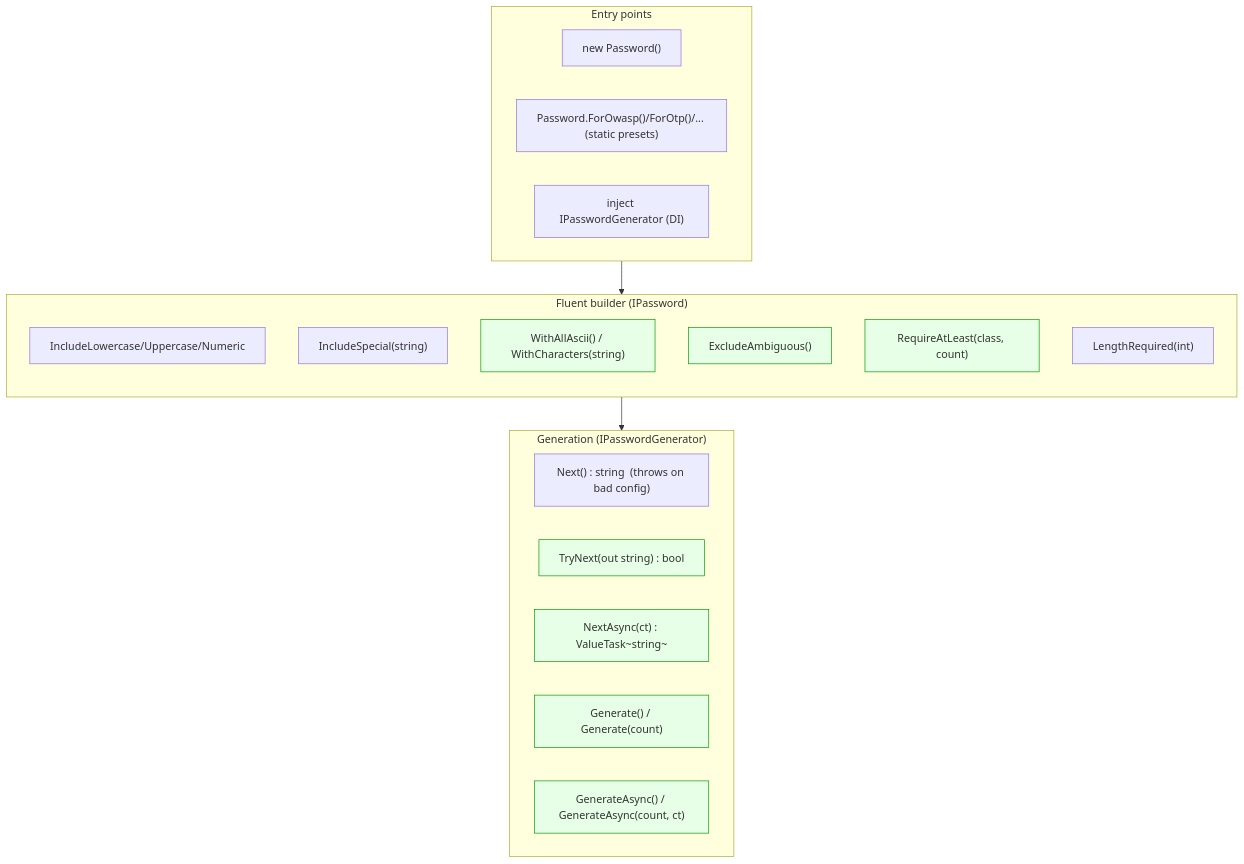
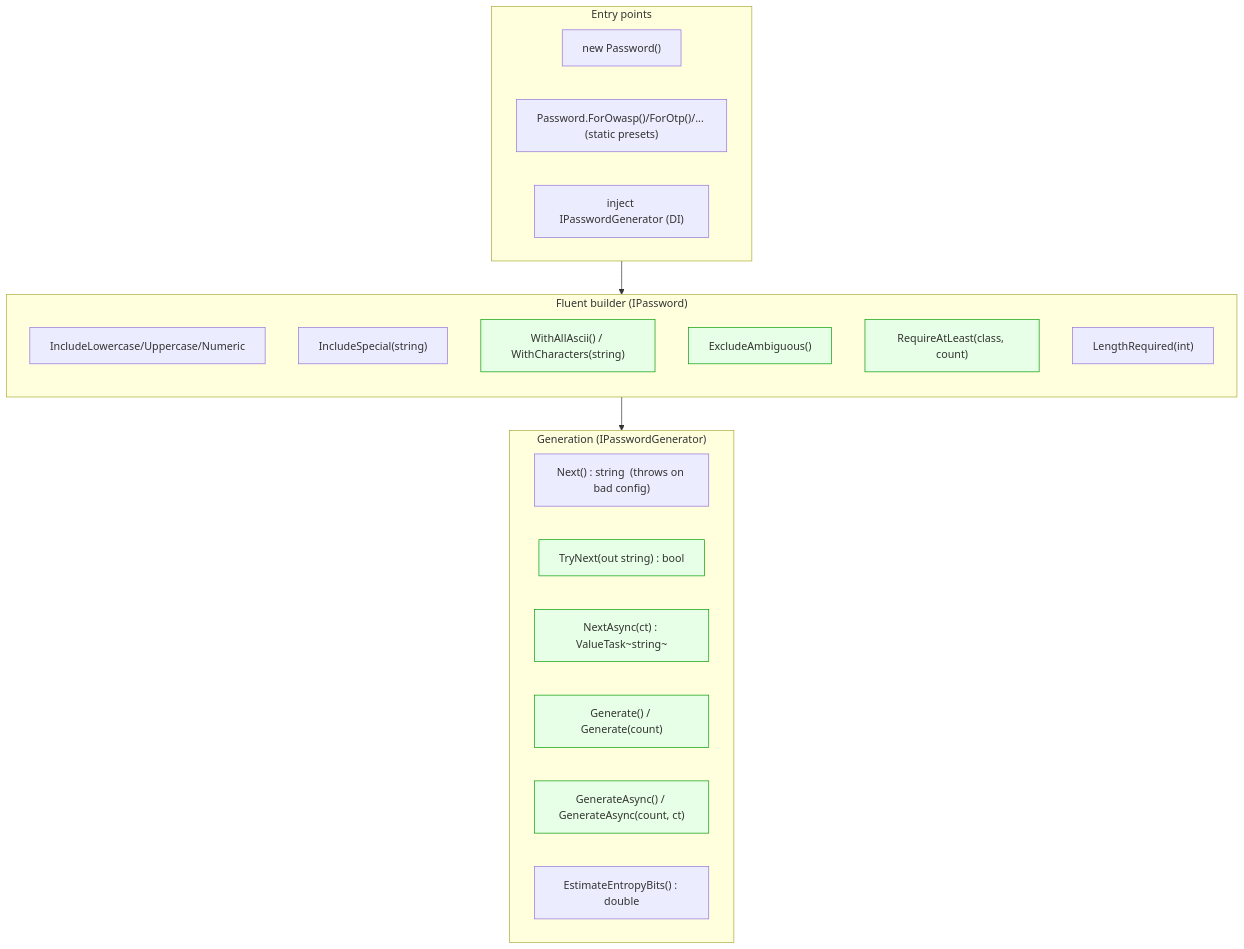
The first of 4 diagrams in docs/api-surface.md (prjseal/PasswordGenerator), drawn with Mermaid before and after one commit. The commit also changed other lines of this file and 2 other files, not shown here.

````diff
--- a/docs/api-surface.md
+++ b/docs/api-surface.md
@@ -12,27 +12,28 @@
 ```mermaid
 flowchart TD
     subgraph Entry["Entry points"]
         e1["new Password()"]
         e2["Password.ForOwasp()/ForOtp()/... (static presets)"]
         e3["inject IPasswordGenerator (DI)"]
     end
     subgraph Build["Fluent builder (IPassword)"]
         direction TB
         b1["IncludeLowercase/Uppercase/Numeric"]
         b2["IncludeSpecial(string)"]
         b3["WithAllAscii() / WithCharacters(string)"]
         b4["ExcludeAmbiguous()"]
         b5["RequireAtLeast(class, count)"]
         b6["LengthRequired(int)"]
     end
     subgraph Gen["Generation (IPasswordGenerator)"]
         g1["Next() : string  (throws on bad config)"]
         g2["TryNext(out string) : bool"]
         g3["NextAsync(ct) : ValueTask~string~"]
         g4["Generate() / Generate(count)"]
         g5["GenerateAsync() / GenerateAsync(count, ct)"]
+        g6["EstimateEntropyBits() : double"]
     end
     Entry --> Build --> Gen
     classDef good fill:#e6ffe6,stroke:#009900;
     class g2,g3,g4,g5,b3,b4,b5 good;
 ```
````
